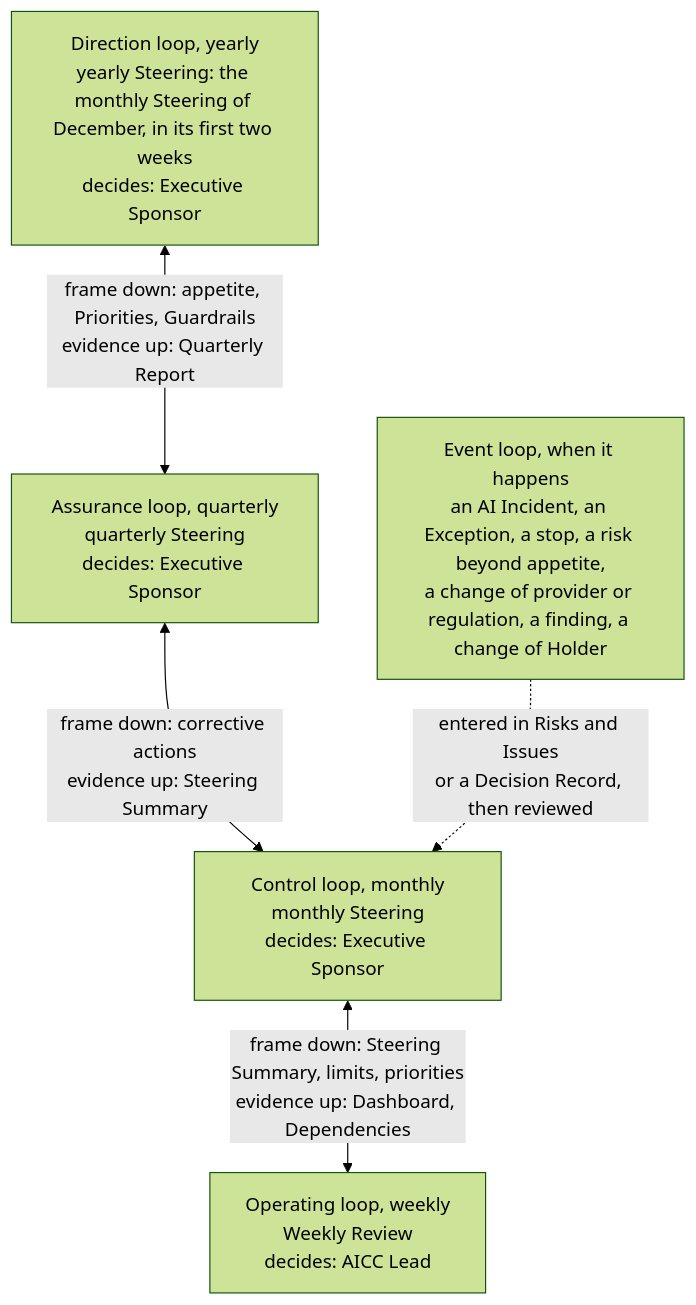
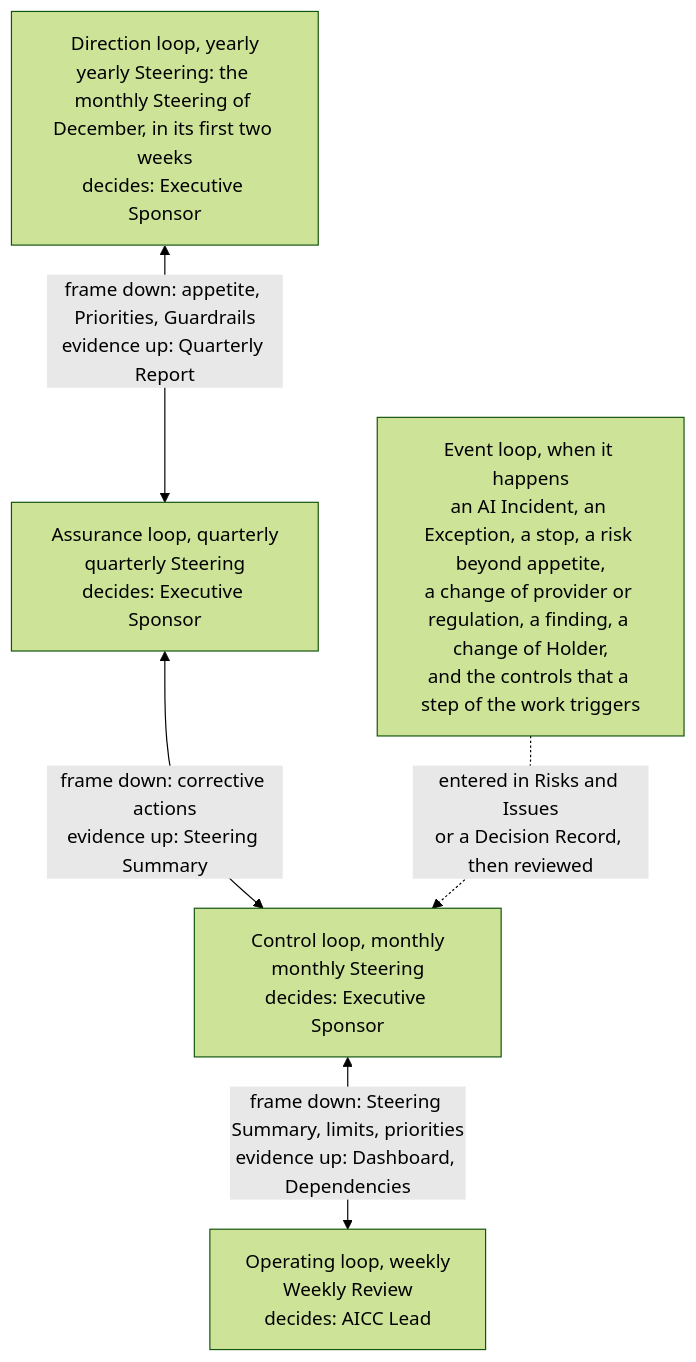
Before and after one commit to devhogu/ob-aicc: the first of 6 diagrams in charter/workflows/unit-governance.md, drawn with Mermaid (forest theme). The commit also changed other lines of this file and 455 other files, not shown here.

First line of the commit message:
Charter and Registry at revision 2.0: the documents carry what the portal states by intent (DR-2026-062)

````diff
--- a/charter/workflows/unit-governance.md
+++ b/charter/workflows/unit-governance.md
@@ -15,12 +15,12 @@
 ```mermaid
 flowchart TB
   DI["Direction loop, yearly<br/>yearly Steering: the monthly Steering of December, in its first two weeks<br/>decides: Executive Sponsor"]
   AS["Assurance loop, quarterly<br/>quarterly Steering<br/>decides: Executive Sponsor"]
   CO["Control loop, monthly<br/>monthly Steering<br/>decides: Executive Sponsor"]
   OP["Operating loop, weekly<br/>Weekly Review<br/>decides: AICC Lead"]
   DI <-->|"frame down: appetite, Priorities, Guardrails<br/>evidence up: Quarterly Report"| AS
   AS <-->|"frame down: corrective actions<br/>evidence up: Steering Summary"| CO
   CO <-->|"frame down: Steering Summary, limits, priorities<br/>evidence up: Dashboard, Dependencies"| OP
-  EV["Event loop, when it happens<br/>an AI Incident, an Exception, a stop, a risk beyond appetite,<br/>a change of provider or regulation, a finding, a change of Holder"]
+  EV["Event loop, when it happens<br/>an AI Incident, an Exception, a stop, a risk beyond appetite,<br/>a change of provider or regulation, a finding, a change of Holder,<br/>and the controls that a step of the work triggers"]
   EV -.->|"entered in Risks and Issues<br/>or a Decision Record, then reviewed"| CO
 ```
````
